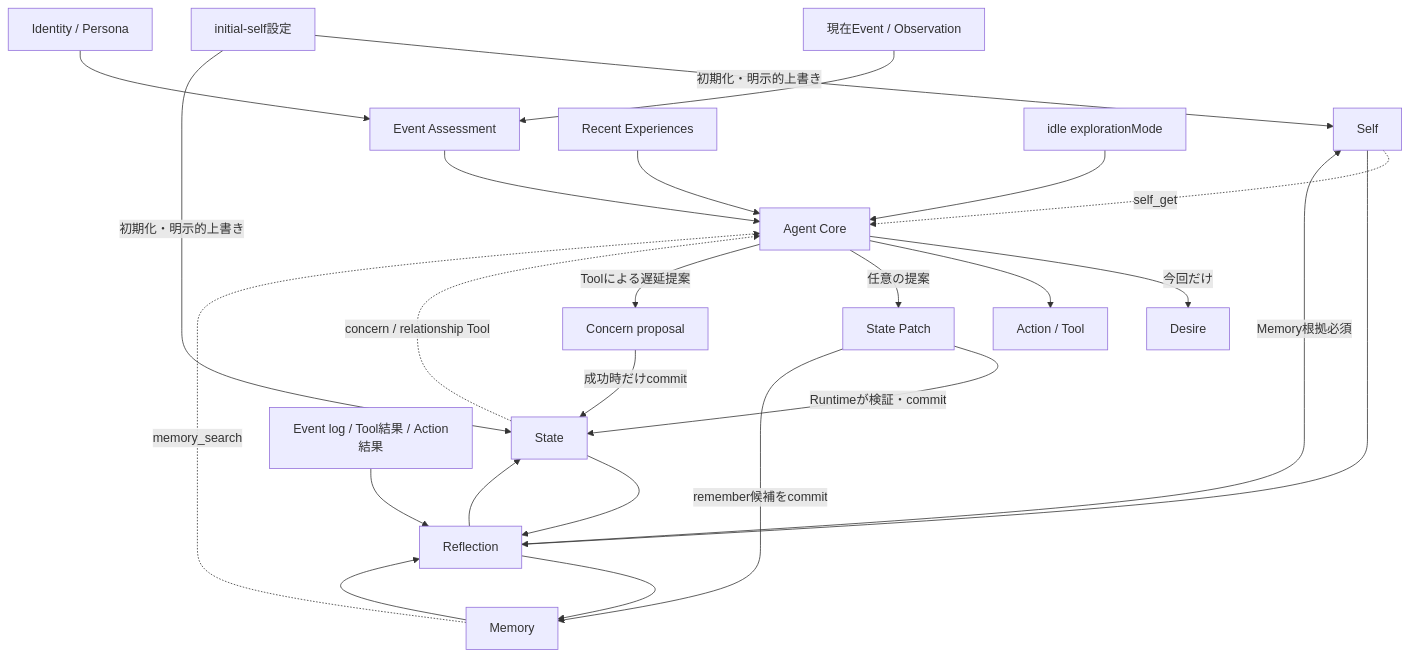
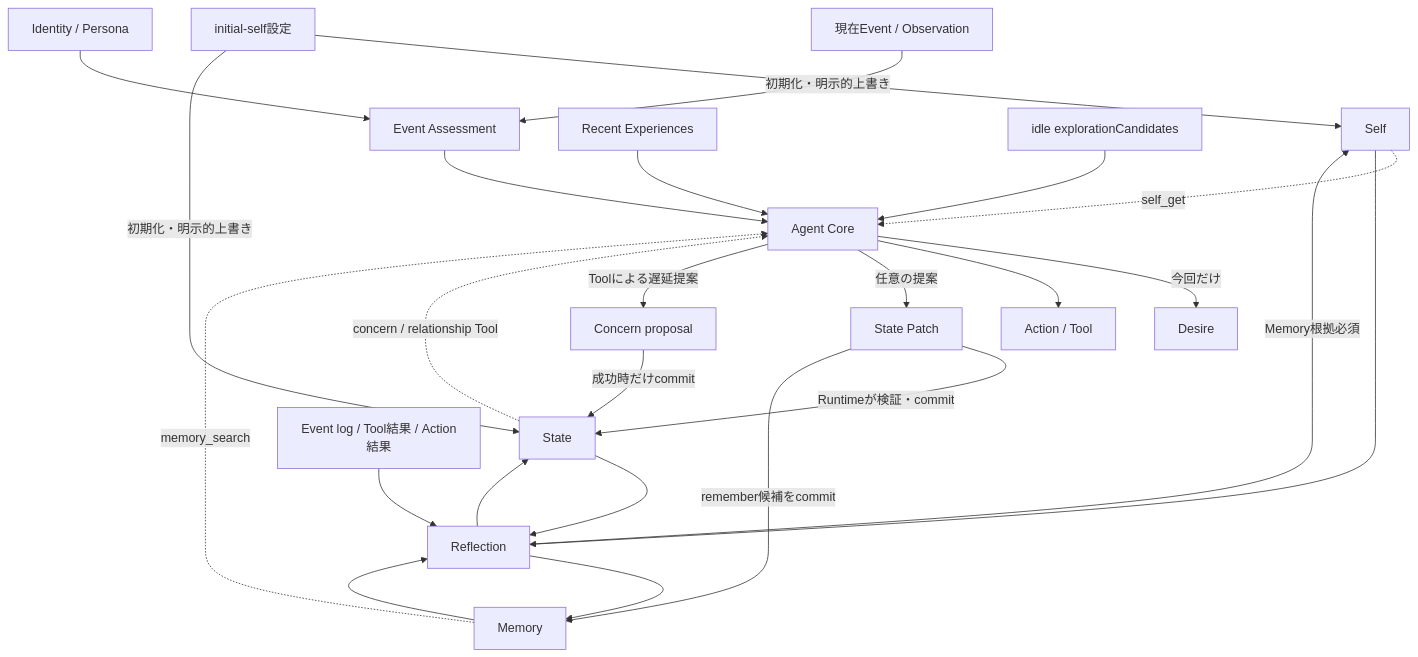
The second of 6 diagrams in docs/D3/AGENT_MOTIVATION_MODEL.md (if001/social_agent), drawn with Mermaid before and after one commit. The commit also changed other lines of this file and 25 other files, not shown here.

````diff
--- a/docs/D3/AGENT_MOTIVATION_MODEL.md
+++ b/docs/D3/AGENT_MOTIVATION_MODEL.md
@@ -51,31 +51,31 @@
 ```mermaid
 flowchart TD
     CFG[initial-self設定] -->|初期化・明示的上書き| SELF[Self]
     CFG -->|初期化・明示的上書き| STATE[State]
 
     EVT[現在Event / Observation] --> ASSESS[Event Assessment]
     ID[Identity / Persona] --> ASSESS
 
     ASSESS --> CORE[Agent Core]
     SELF -. self_get .-> CORE
     STATE -. concern / relationship Tool .-> CORE
     MEM[Memory] -. memory_search .-> CORE
     RECENT[Recent Experiences] --> CORE
-    MODE[idle explorationMode] --> CORE
+    CATALOG[idle explorationCandidates] --> CORE
 
     CORE -->|今回だけ| DESIRE[Desire]
     CORE --> ACTION[Action / Tool]
     CORE -->|任意の提案| PATCH[State Patch]
     CORE -->|Toolによる遅延提案| CQ[Concern proposal]
     PATCH -->|Runtimeが検証・commit| STATE
     CQ -->|成功時だけcommit| STATE
     PATCH -->|remember候補をcommit| MEM
 
     EVTLOG[Event log / Tool結果 / Action結果] --> REFLECT[Reflection]
     STATE --> REFLECT
     SELF --> REFLECT
     MEM --> REFLECT
     REFLECT -->|Memory根拠必須| SELF
     REFLECT --> STATE
     REFLECT --> MEM
 ```
````
